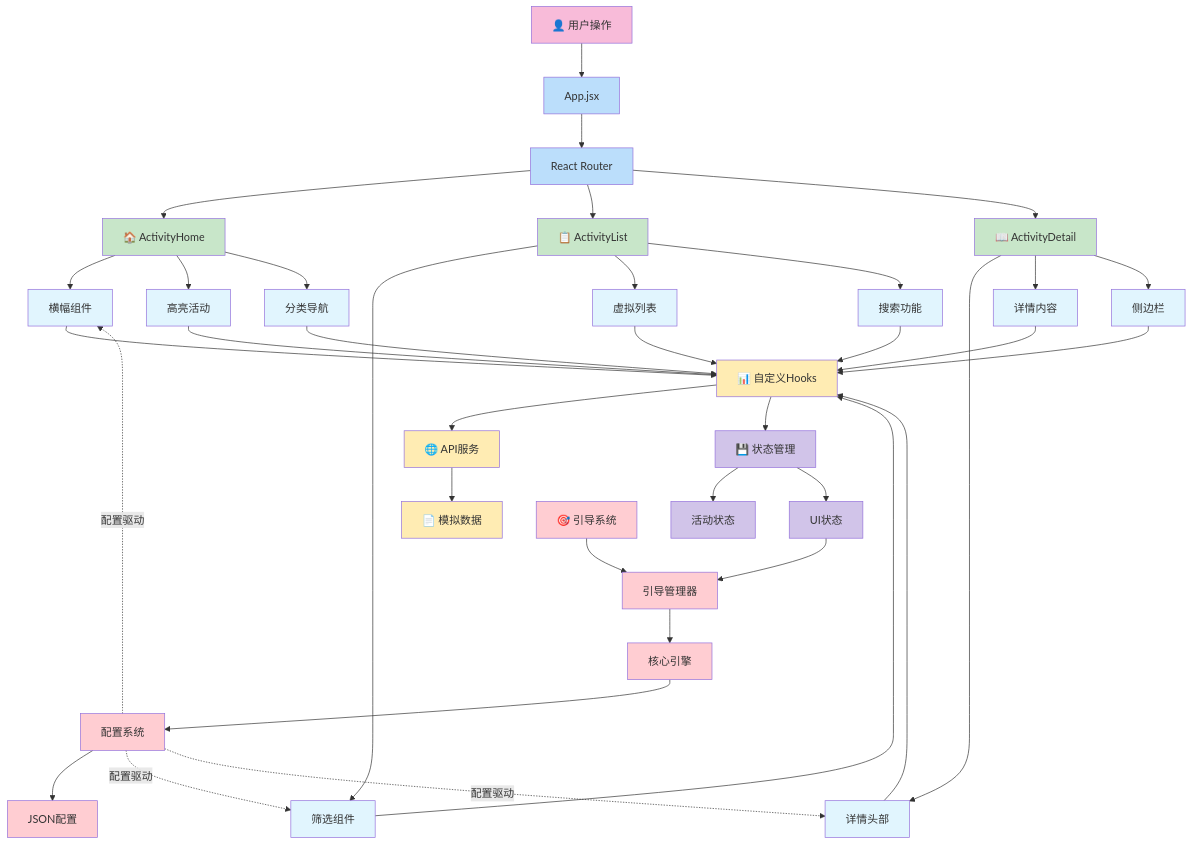
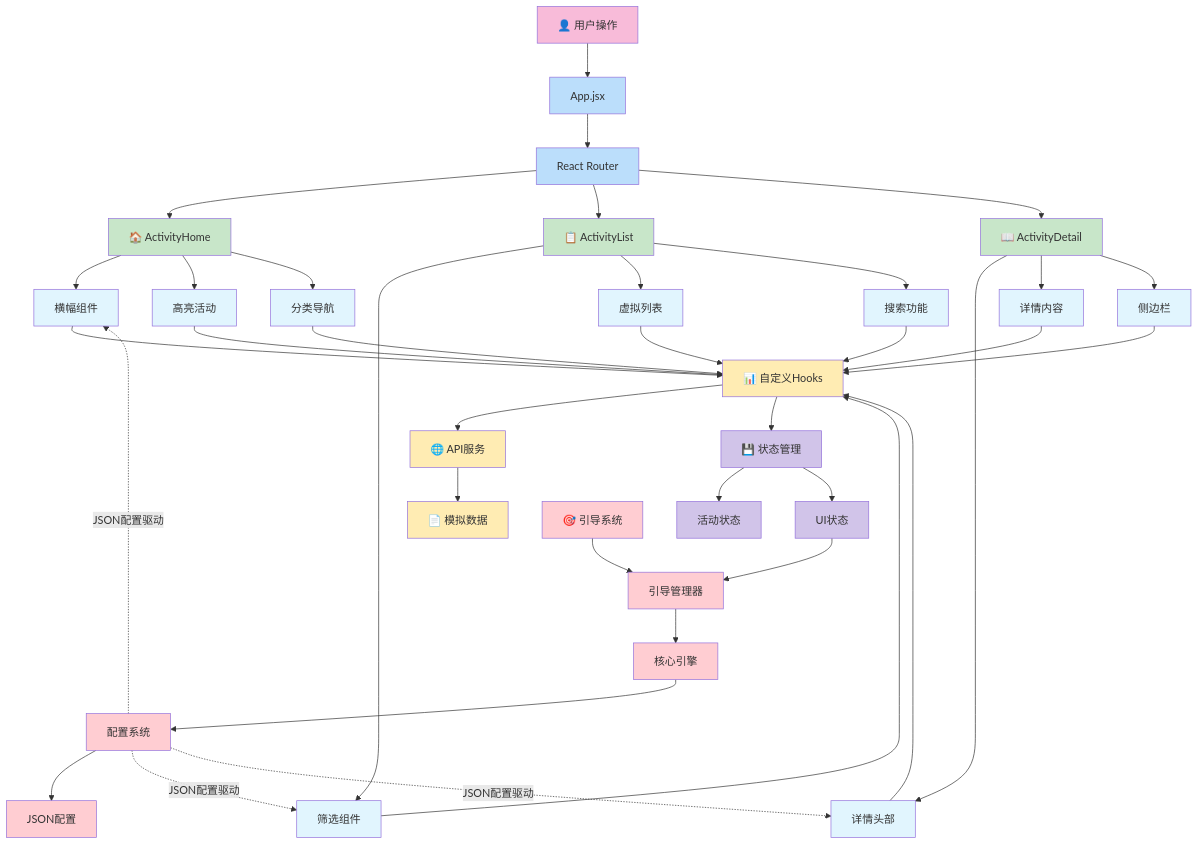
Before and after one commit to Mingjun-Lyu/ByteDance-Engineering-Camp: the first of 4 diagrams in README.md, drawn with Mermaid. The commit also changed other lines of this file, not shown here.

````diff
--- a/README.md
+++ b/README.md
@@ -26,75 +26,75 @@
 ```mermaid
 graph TB
     %% 用户层
     User[👤 用户操作] --> App[App.jsx]
     
     %% 路由层
     App --> Router[React Router]
     
     %% 页面层
     Router --> Home[🏠 ActivityHome]
     Router --> List[📋 ActivityList]
     Router --> Detail[📖 ActivityDetail]
     
     %% 组件层
     Home --> Banner[横幅组件]
     Home --> Highlight[高亮活动]
     Home --> Categories[分类导航]
     
     List --> Filter[筛选组件]
     List --> VirtualList[虚拟列表]
     List --> Search[搜索功能]
     
     Detail --> Header[详情头部]
     Detail --> Content[详情内容]
     Detail --> Sidebar[侧边栏]
     
     %% 数据层
     Banner --> Hooks[📊 自定义Hooks]
     Highlight --> Hooks
     Categories --> Hooks
     Filter --> Hooks
     VirtualList --> Hooks
     Search --> Hooks
     Header --> Hooks
     Content --> Hooks
     Sidebar --> Hooks
     
     Hooks --> API[🌐 API服务]
     API --> Mock[📄 模拟数据]
     
     %% 状态管理层
     Hooks --> Store[💾 状态管理]
     Store --> ActivityStore[活动状态]
     Store --> UIStore[UI状态]
     
     %% 引导系统层
     Guide[🎯 引导系统] --> GuideManager[引导管理器]
     GuideManager --> GuideCore[核心引擎]
     GuideCore --> GuideConfig[配置系统]
     GuideConfig --> JSONConfig[JSON配置]
     
     %% 引导系统与业务解耦
-    GuideConfig -.->|配置驱动| Banner
-    GuideConfig -.->|配置驱动| Filter
-    GuideConfig -.->|配置驱动| Header
+    GuideConfig -.->|JSON配置驱动| Banner
+    GuideConfig -.->|JSON配置驱动| Filter
+    GuideConfig -.->|JSON配置驱动| Header
     
     %% 状态管理连接
     UIStore --> GuideManager
     
     classDef user fill:#f8bbd9
     classDef app fill:#bbdefb
     classDef page fill:#c8e6c9
     classDef component fill:#e1f5fe
     classDef data fill:#ffecb3
     classDef store fill:#d1c4e9
     classDef guide fill:#ffcdd2
     
     class User user
     class App,Router app
     class Home,List,Detail page
     class Banner,Highlight,Categories,Filter,VirtualList,Search,Header,Content,Sidebar component
     class Hooks,API,Mock data
     class Store,ActivityStore,UIStore store
     class Guide,GuideManager,GuideCore,GuideConfig,JSONConfig guide
 ```
````
